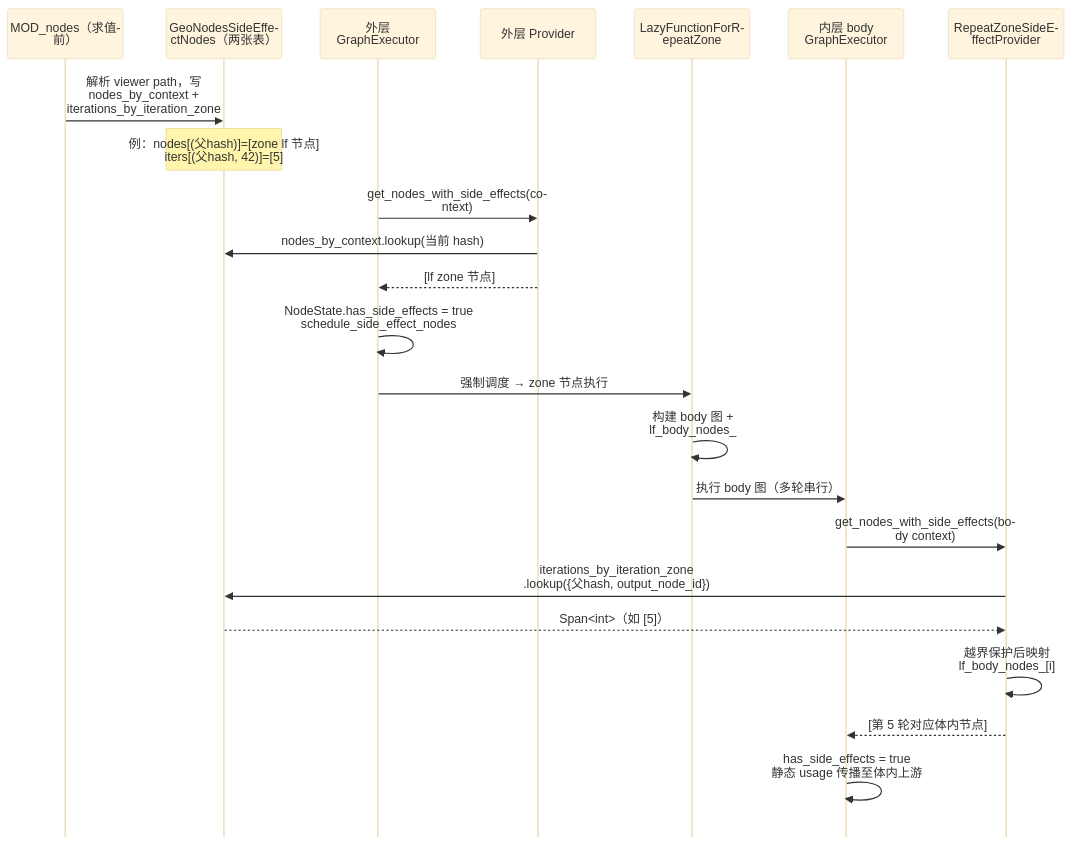
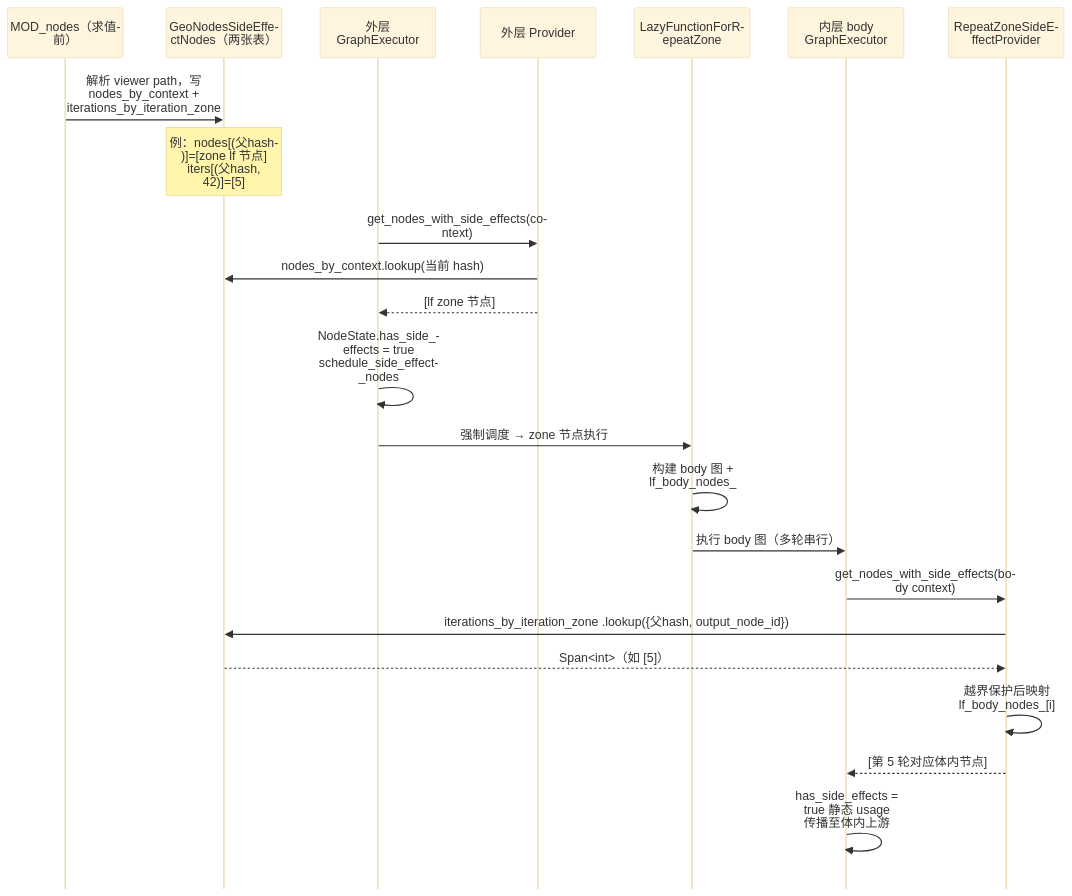
The second of 3 diagrams in 杂/markdown/重复区域-dsh/04-运行时机制/03-副作用迭代与按需执行.md (yunkezengren/blender-.vscode), drawn with Mermaid before and after one commit. The commit also changed other lines of this file and 27 other files, not shown here.

````diff
--- a/杂/markdown/重复区域-dsh/04-运行时机制/03-副作用迭代与按需执行.md
+++ b/杂/markdown/重复区域-dsh/04-运行时机制/03-副作用迭代与按需执行.md
@@ -744,27 +608,27 @@
 ```mermaid
 %%{init: {"theme":"base","themeVariables":{"fontFamily":"\"Segoe UI\",\"Microsoft YaHei\",sans-serif","fontSize":"15px","lineColor":"#94A3B8","edgeLabelBackground":"#FFFFFF","clusterBkg":"#F8FAFC","clusterBorder":"#CBD5E1"},"flowchart":{"htmlLabels":false,"curve":"basis","nodeSpacing":52,"rankSpacing":64,"padding":14,"diagramPadding":16,"useMaxWidth":true},"sequence":{"useMaxWidth":true,"wrap":true,"mirrorActors":false,"messageMargin":36}}}%%
 sequenceDiagram
   participant MN as MOD_nodes（求值前）
   participant SET as GeoNodesSideEffectNodes（两张表）
   participant EX as 外层 GraphExecutor
   participant OP as 外层 Provider
   participant ZN as LazyFunctionForRepeatZone
   participant IX as 内层 body GraphExecutor
   participant IP as RepeatZoneSideEffectProvider
 
   MN->>SET: 解析 viewer path，写 nodes_by_context + iterations_by_iteration_zone
-  Note over SET: 例：nodes[(父hash)]=[zone lf 节点]<br/>iters[(父hash, 42)]=[5]
+  Note over SET: 例：nodes[(父hash)]=[zone lf 节点] iters[(父hash, 42)]=[5]
   EX->>OP: get_nodes_with_side_effects(context)
   OP->>SET: nodes_by_context.lookup(当前 hash)
   OP-->>EX: [lf zone 节点]
-  EX->>EX: NodeState.has_side_effects = true<br/>schedule_side_effect_nodes
+  EX->>EX: NodeState.has_side_effects = true schedule_side_effect_nodes
   EX->>ZN: 强制调度 → zone 节点执行
   ZN->>ZN: 构建 body 图 + lf_body_nodes_
   ZN->>IX: 执行 body 图（多轮串行）
   IX->>IP: get_nodes_with_side_effects(body context)
-  IP->>SET: iterations_by_iteration_zone<br/>.lookup({父hash, output_node_id})
+  IP->>SET: iterations_by_iteration_zone .lookup({父hash, output_node_id})
   SET-->>IP: Span<int>（如 [5]）
   IP->>IP: 越界保护后映射 lf_body_nodes_[i]
   IP-->>IX: [第 5 轮对应体内节点]
-  IX->>IX: has_side_effects = true<br/>静态 usage 传播至体内上游
+  IX->>IX: has_side_effects = true 静态 usage 传播至体内上游
 ```
````
